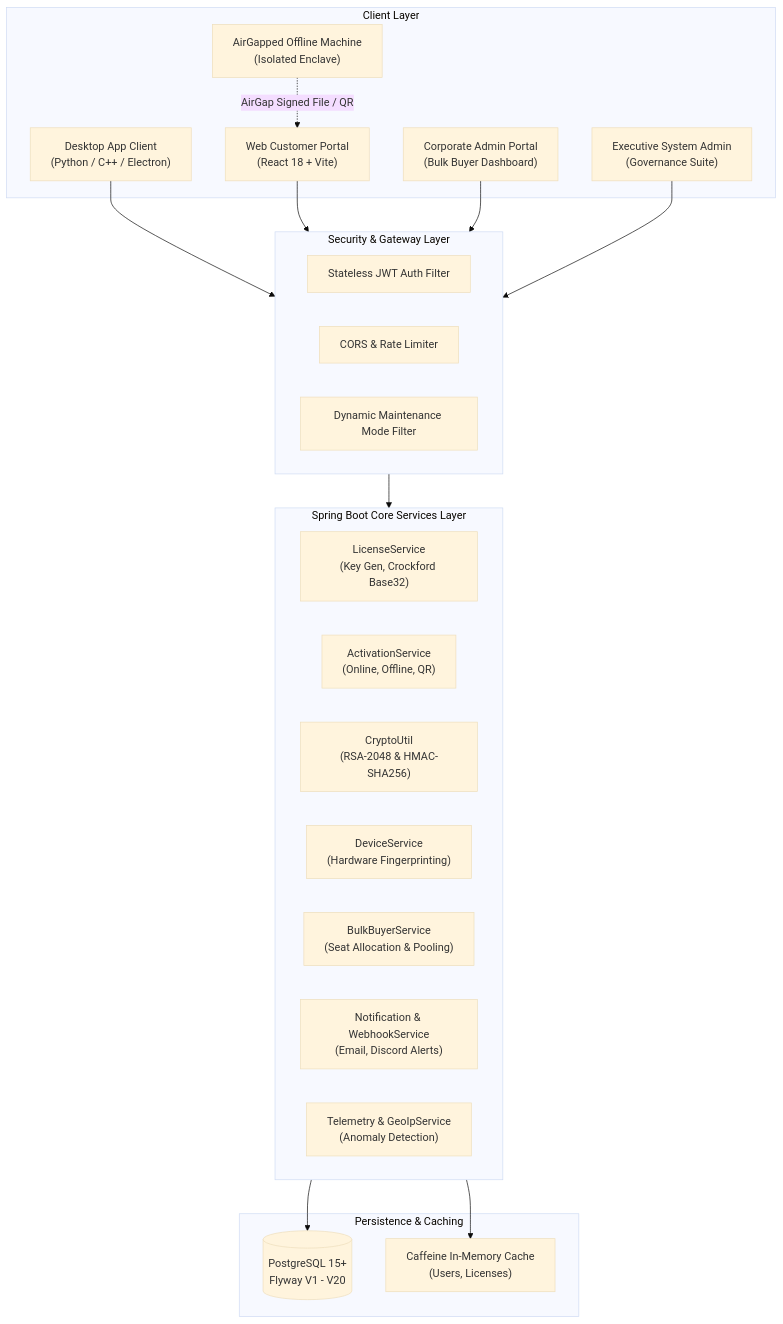
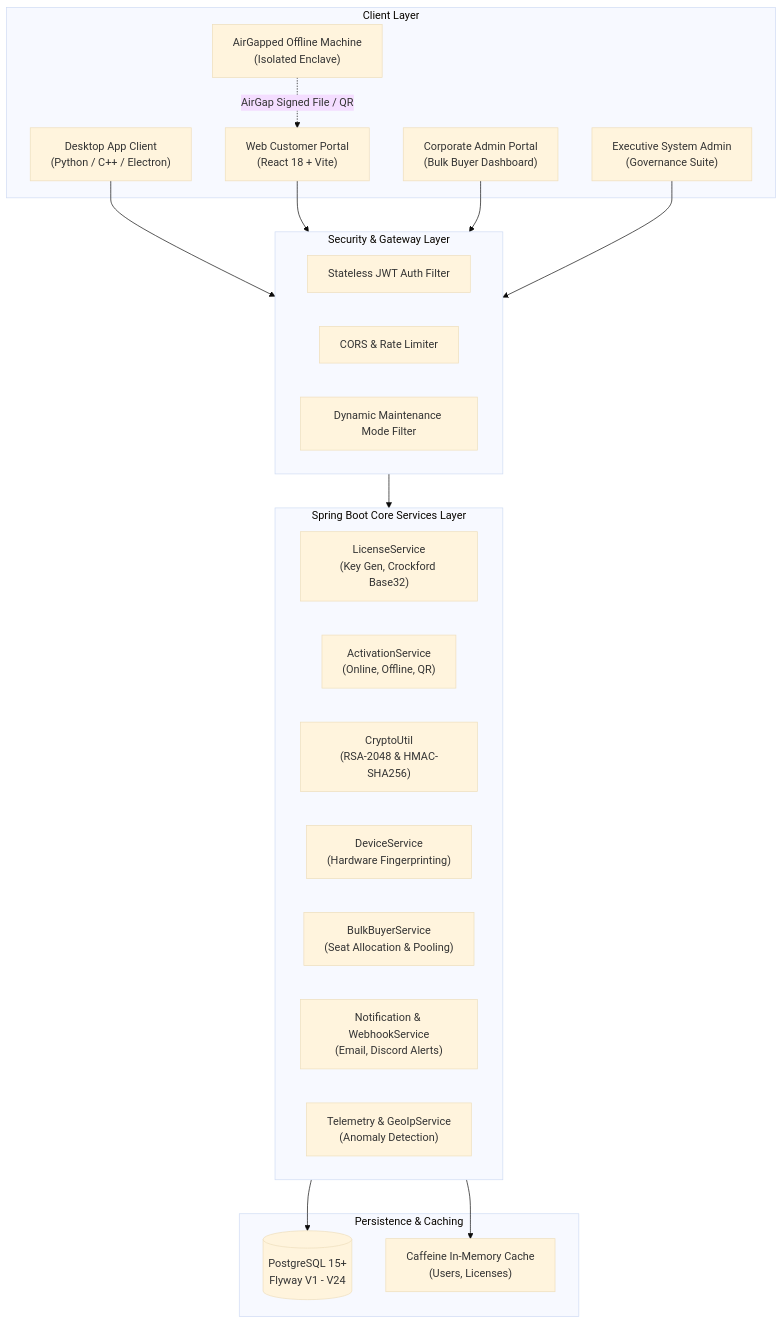
One commit to tsedeniayeshibelay/License-Management-System1 changed the first of 4 diagrams in README.md. Above: the diagram before and after it, drawn with Mermaid (base theme). The commit also changed other lines of this file, not shown here.

Commit message:
docs(readme): update Flyway migration references to V24

````diff
--- a/README.md
+++ b/README.md
@@ -90,37 +90,37 @@
 ```mermaid
 graph TB
     subgraph Clients["Client Layer"]
         C1["Desktop App Client<br/>(Python / C++ / Electron)"]
         C2["Web Customer Portal<br/>(React 18 + Vite)"]
         C3["Corporate Admin Portal<br/>(Bulk Buyer Dashboard)"]
         C4["Executive System Admin<br/>(Governance Suite)"]
         C5["AirGapped Offline Machine<br/>(Isolated Enclave)"]
     end
 
     subgraph Gateway["Security & Gateway Layer"]
         GW1["Stateless JWT Auth Filter"]
         GW2["CORS & Rate Limiter"]
         GW3["Dynamic Maintenance Mode Filter"]
     end
 
     subgraph CoreServices["Spring Boot Core Services Layer"]
         S1["LicenseService<br/>(Key Gen, Crockford Base32)"]
         S2["ActivationService<br/>(Online, Offline, QR)"]
         S3["CryptoUtil<br/>(RSA-2048 & HMAC-SHA256)"]
         S4["DeviceService<br/>(Hardware Fingerprinting)"]
         S5["BulkBuyerService<br/>(Seat Allocation & Pooling)"]
         S6["Notification & WebhookService<br/>(Email, Discord Alerts)"]
         S7["Telemetry & GeoIpService<br/>(Anomaly Detection)"]
     end
 
     subgraph Data["Persistence & Caching"]
-        DB[(PostgreSQL 15+<br/>Flyway V1 - V20)]
+        DB[(PostgreSQL 15+<br/>Flyway V1 - V24)]
         CACHE["Caffeine In-Memory Cache<br/>(Users, Licenses)"]
     end
 
     C1 & C2 & C3 & C4 --> Gateway
     Gateway --> CoreServices
     CoreServices --> DB
     CoreServices --> CACHE
     C5 -.->|"AirGap Signed File / QR"| C2
 ```
````
